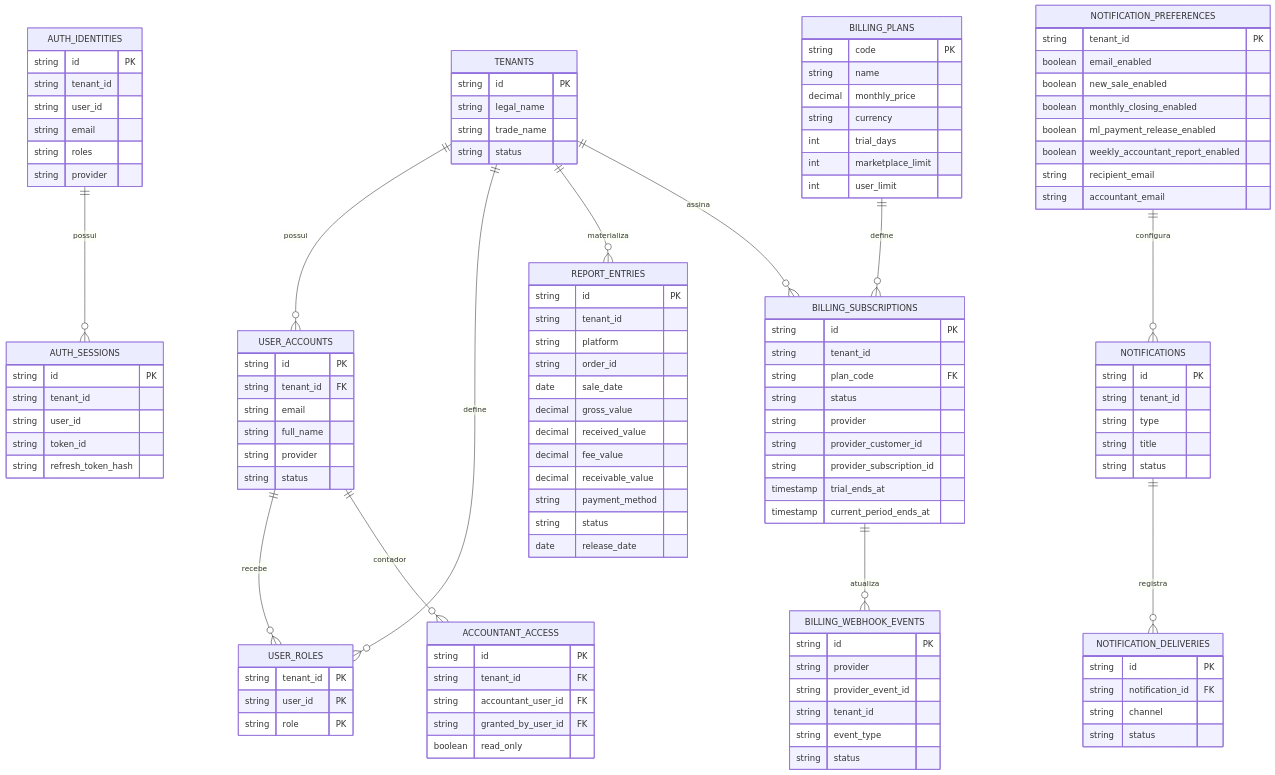
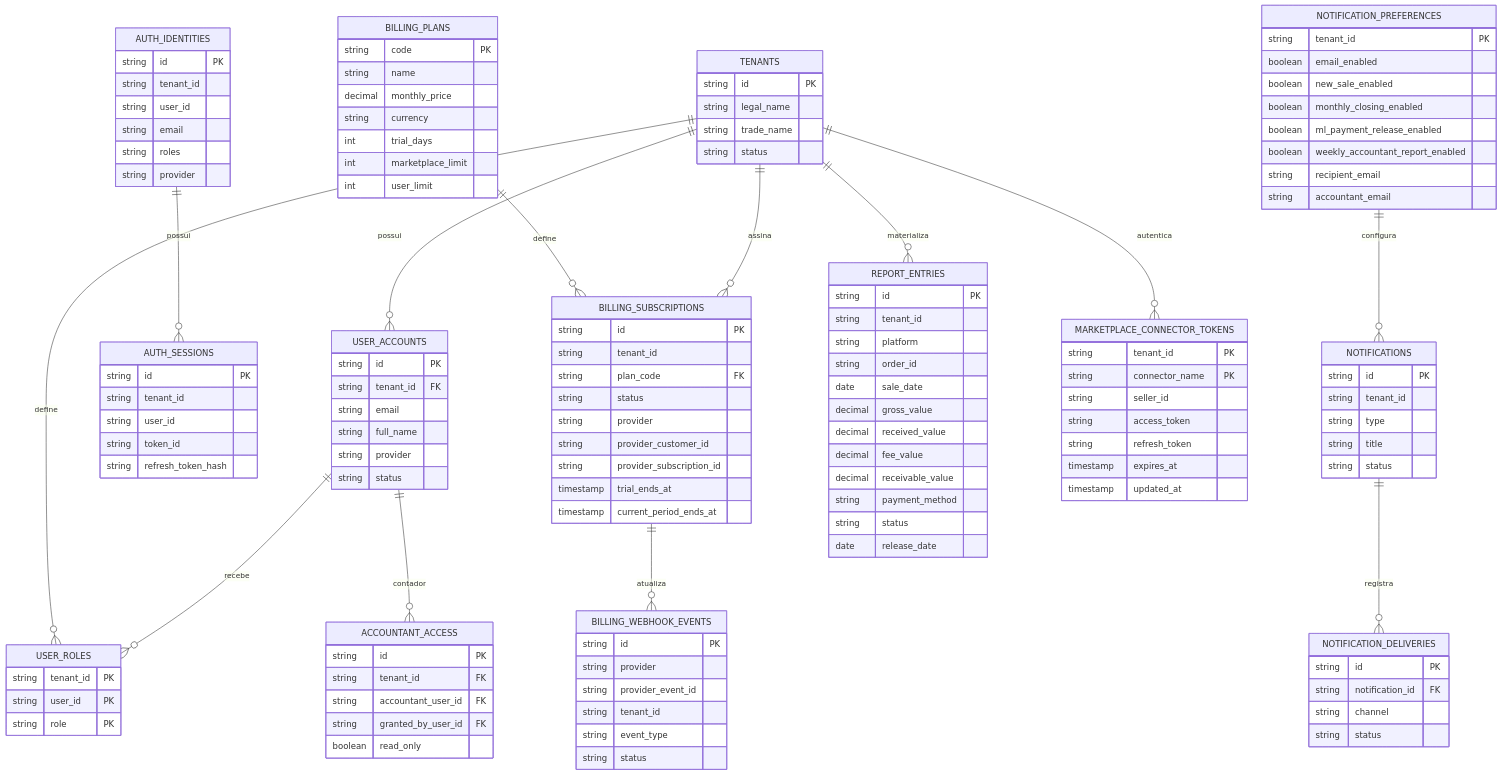
Before and after one commit to thousandtws-tech/projeto-braseller-platform: diagram 16 of 16 in docs/high-level-microservices-uml.md, drawn with Mermaid. The commit also changed other lines of this file and 12 other files, not shown here.

````diff
--- a/docs/high-level-microservices-uml.md
+++ b/docs/high-level-microservices-uml.md
@@ -787,6 +885,7 @@
     BILLING_SUBSCRIPTIONS ||--o{ BILLING_WEBHOOK_EVENTS : atualiza
     TENANTS ||--o{ REPORT_ENTRIES : materializa
     TENANTS ||--o{ BILLING_SUBSCRIPTIONS : assina
+    TENANTS ||--o{ MARKETPLACE_CONNECTOR_TOKENS : autentica
 
     TENANTS {
         string id PK
@@ -894,4 +993,13 @@
         string status
         date release_date
     }
+    MARKETPLACE_CONNECTOR_TOKENS {
+        string tenant_id PK
+        string connector_name PK
+        string seller_id
+        string access_token
+        string refresh_token
+        timestamp expires_at
+        timestamp updated_at
+    }
 ```
````
